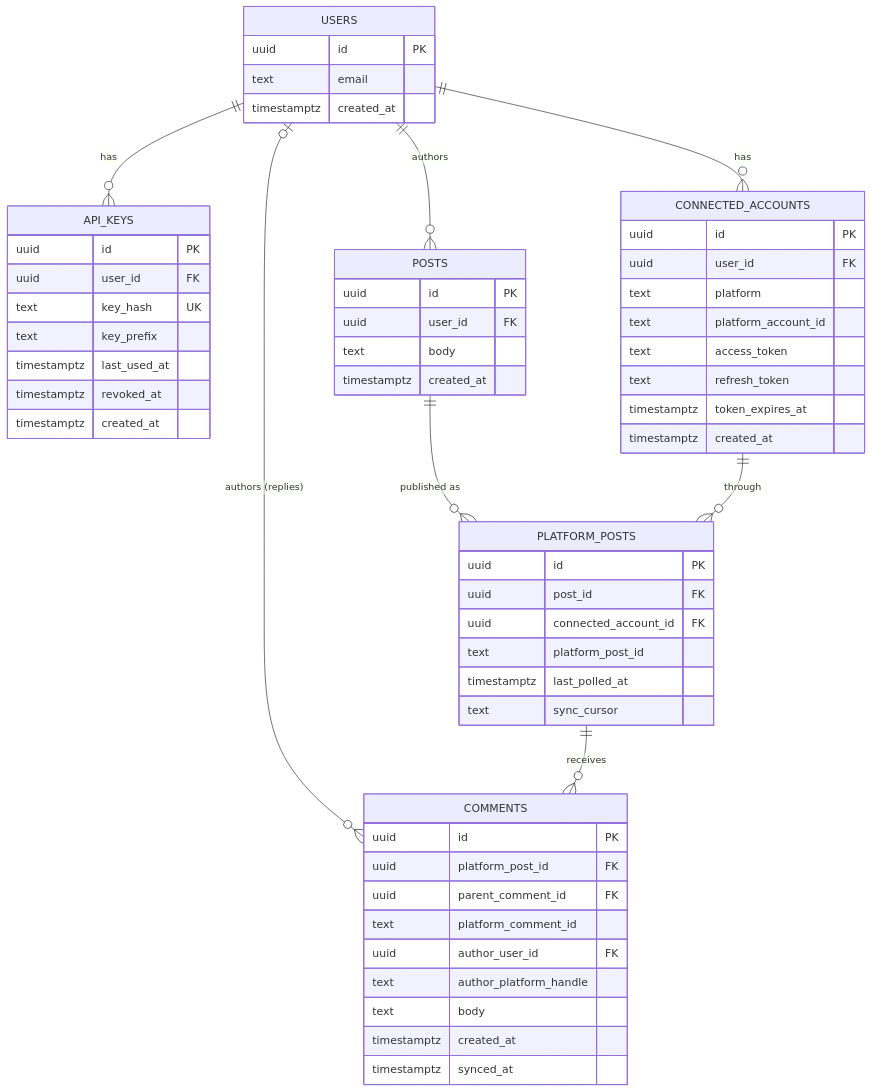
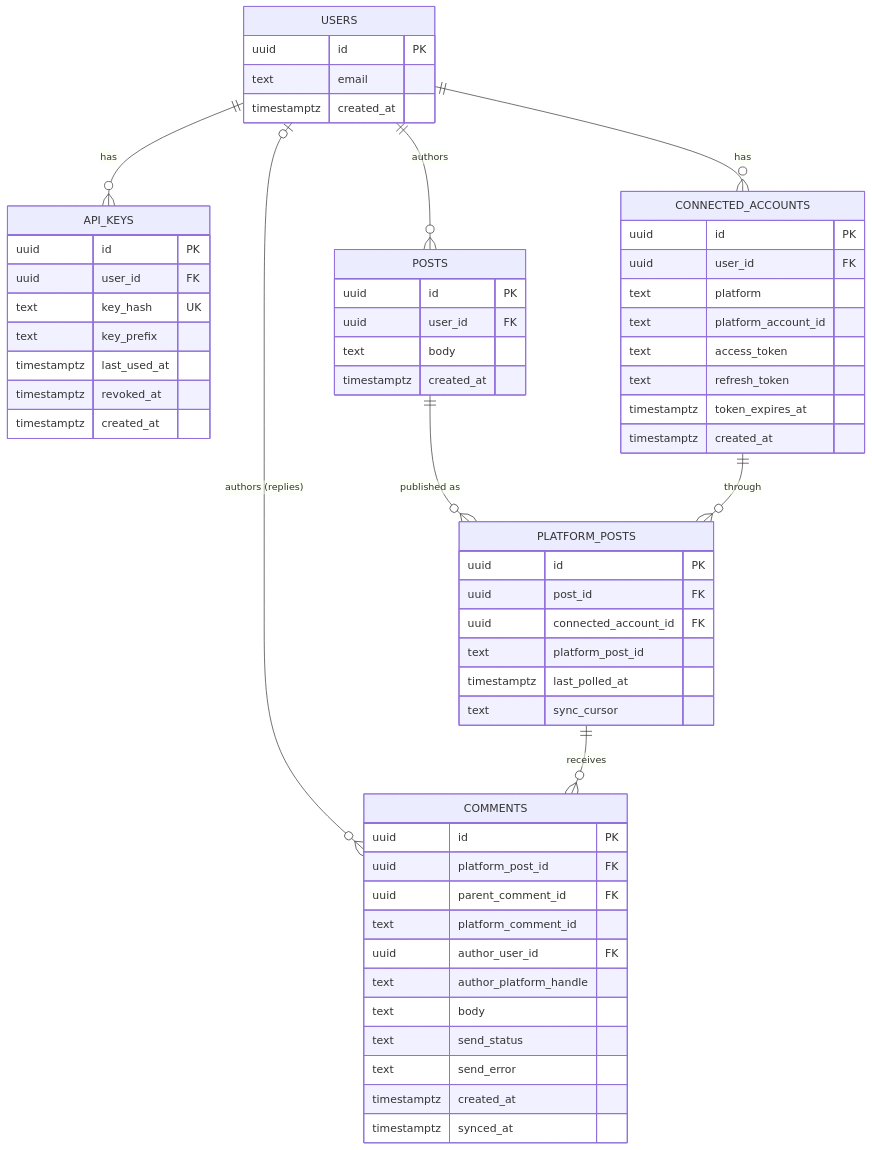
Before and after one commit to nesterone/assessment-blotato: the diagram in docs/schema.mmd, drawn with Mermaid. The commit also changed 2 other files, not shown here.

Commit message:
Schema: send_status + send_error on comments; reconcile note on platform_posts
Adds two columns to the comments table to track outbound-reply state:
send_status (pending | sent | failed) and send_error. Third-party
comments always land as sent; our replies start pending and get flipped
by the sender worker.

Also updates the platform_posts note: last_polled_at and sync_cursor are
now used by both platforms — TikTok for its 5-min poll and Instagram for
the hourly reconcile safety net.

```diff
--- a/docs/schema.mmd
+++ b/docs/schema.mmd
@@ -1,58 +1,60 @@
 erDiagram
     USERS ||--o{ API_KEYS : "has"
     USERS ||--o{ CONNECTED_ACCOUNTS : "has"
     USERS ||--o{ POSTS : "authors"
     USERS |o--o{ COMMENTS : "authors (replies)"
     POSTS ||--o{ PLATFORM_POSTS : "published as"
     CONNECTED_ACCOUNTS ||--o{ PLATFORM_POSTS : "through"
     PLATFORM_POSTS ||--o{ COMMENTS : "receives"
 
     USERS {
         uuid id PK
         text email
         timestamptz created_at
     }
     API_KEYS {
         uuid id PK
         uuid user_id FK
         text key_hash UK
         text key_prefix
         timestamptz last_used_at
         timestamptz revoked_at
         timestamptz created_at
     }
     CONNECTED_ACCOUNTS {
         uuid id PK
         uuid user_id FK
         text platform
         text platform_account_id
         text access_token
         text refresh_token
         timestamptz token_expires_at
         timestamptz created_at
     }
     POSTS {
         uuid id PK
         uuid user_id FK
         text body
         timestamptz created_at
     }
     PLATFORM_POSTS {
         uuid id PK
         uuid post_id FK
         uuid connected_account_id FK
         text platform_post_id
         timestamptz last_polled_at
         text sync_cursor
     }
     COMMENTS {
         uuid id PK
         uuid platform_post_id FK
         uuid parent_comment_id FK
         text platform_comment_id
         uuid author_user_id FK
         text author_platform_handle
         text body
+        text send_status
+        text send_error
         timestamptz created_at
         timestamptz synced_at
     }
```
